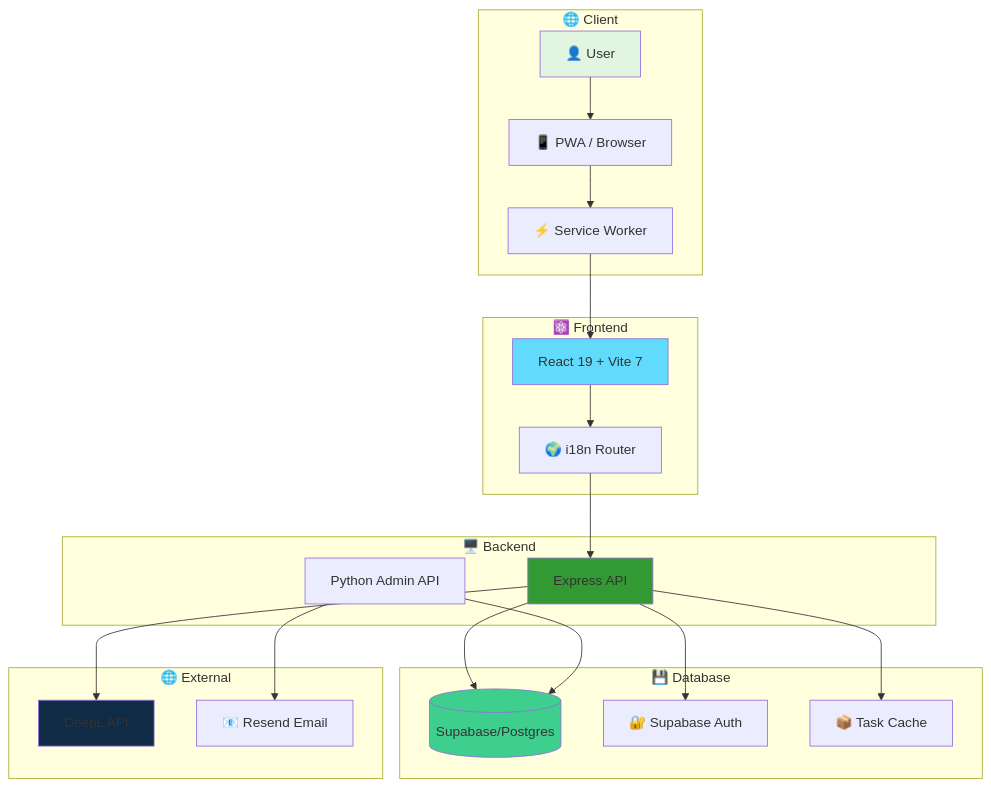
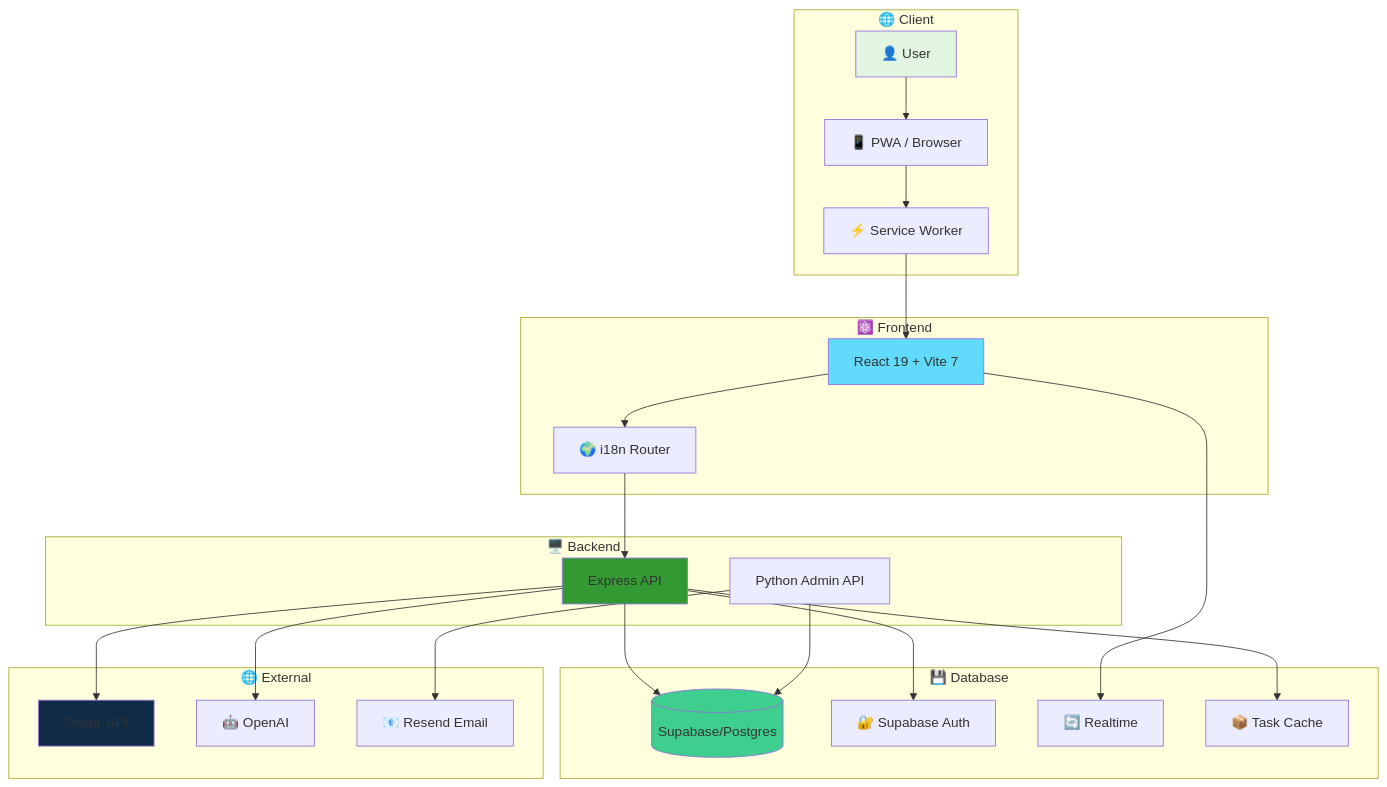
The diagram in README.md (Duckxel/PlantSwipe), drawn with Mermaid before and after one commit. The commit also changed other lines of this file, not shown here.

````diff
--- a/README.md
+++ b/README.md
@@ -163,47 +195,51 @@
 ```mermaid
 flowchart TB
     subgraph Client["🌐 Client"]
         User[👤 User]
         PWA[📱 PWA / Browser]
         SW[⚡ Service Worker]
     end
     
     subgraph Frontend["⚛️ Frontend"]
         React[React 19 + Vite 7]
         i18n[🌍 i18n Router]
     end
     
     subgraph Backend["🖥️ Backend"]
         Express[Express API]
         Admin[Python Admin API]
     end
     
     subgraph Database["💾 Database"]
         Supabase[(Supabase/Postgres)]
         Auth[🔐 Supabase Auth]
+        Realtime[🔄 Realtime]
         Cache[📦 Task Cache]
     end
     
     subgraph External["🌐 External"]
         DeepL[DeepL API]
+        OpenAI[🤖 OpenAI]
         Resend[📧 Resend Email]
     end
     
     User --> PWA
     PWA --> SW
     SW --> React
     React --> i18n
+    React --> Realtime
     i18n --> Express
     Express --> Supabase
     Express --> Auth
     Express --> Cache
     Express --> DeepL
+    Express --> OpenAI
     Admin --> Supabase
     Admin --> Resend
     
     style User fill:#e1f5e1
     style React fill:#61dafb
     style Express fill:#339933
     style Supabase fill:#3ecf8e
     style DeepL fill:#0f2b46
 ```
````
